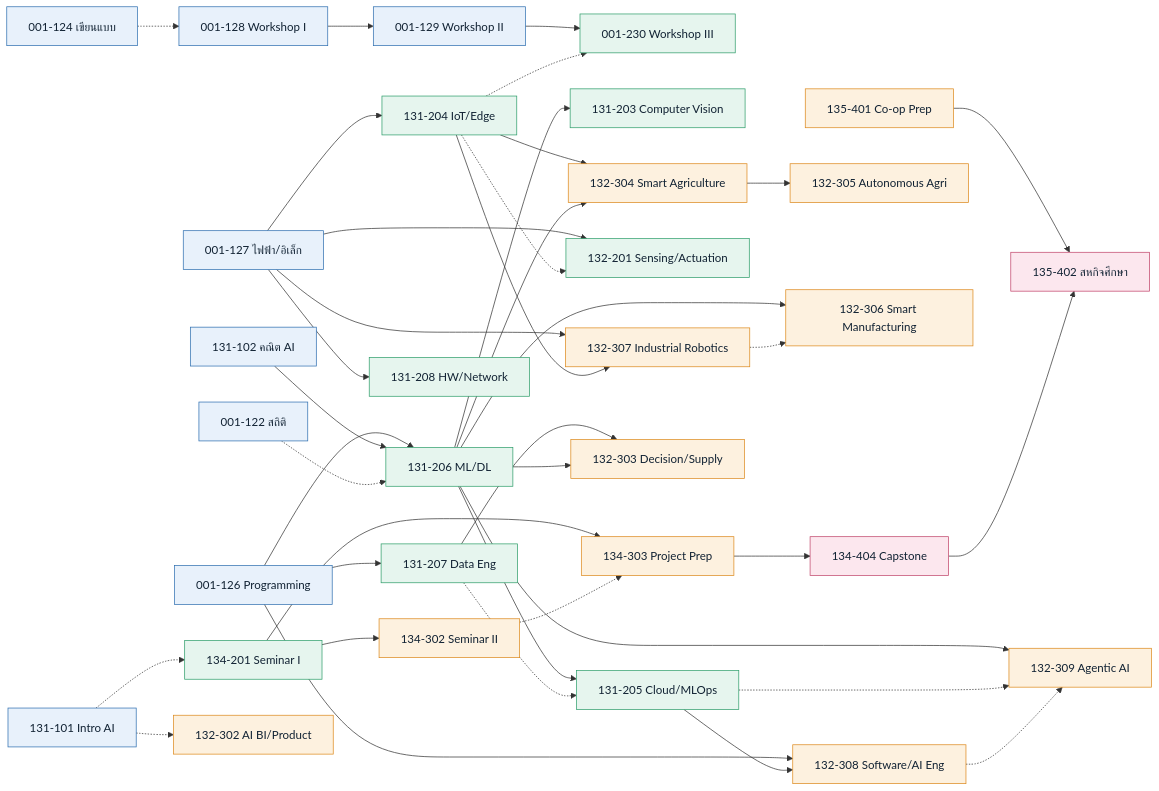
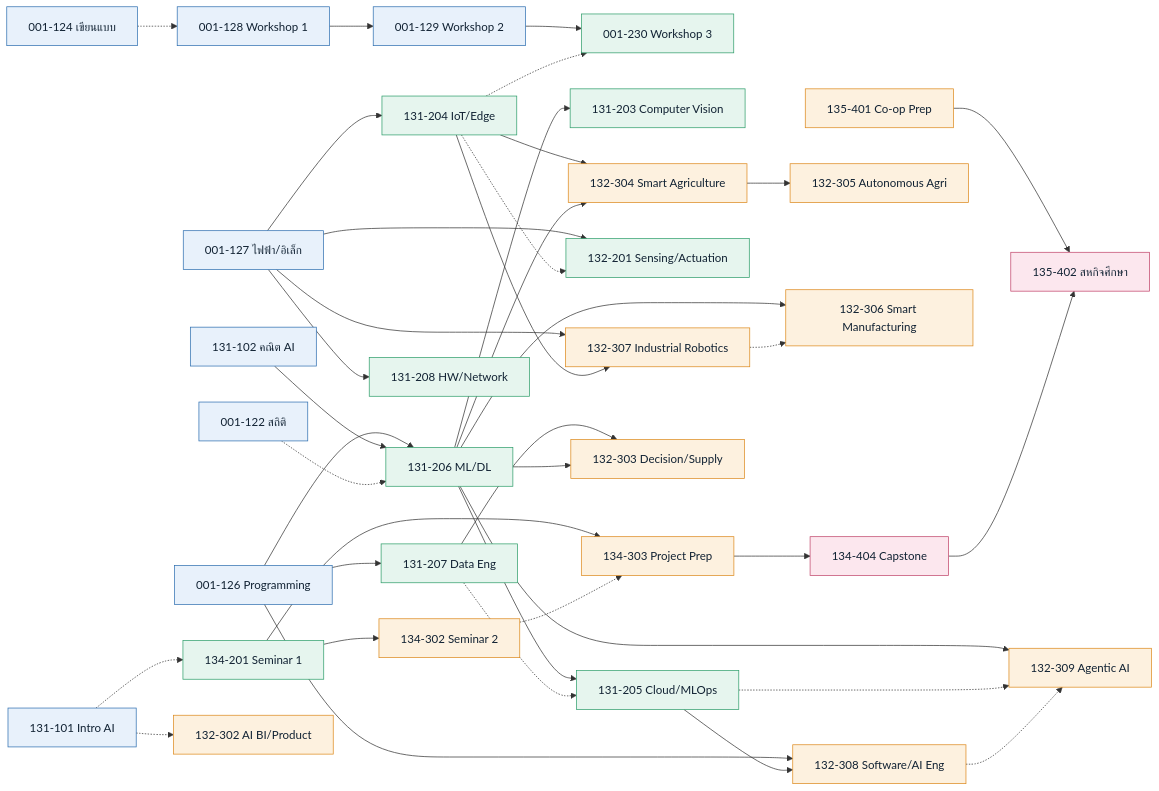
Before and after one commit to babankbro/KSU-AI-EN: the diagram in Labor_Growth_Report_Vault/03_OBE_PLO_Design_2570/08_Study_Plan_and_Dependencies.md, drawn with Mermaid. The commit also changed other lines of this file and 38 other files, not shown here.

````diff
--- a/Labor_Growth_Report_Vault/03_OBE_PLO_Design_2570/08_Study_Plan_and_Dependencies.md
+++ b/Labor_Growth_Report_Vault/03_OBE_PLO_Design_2570/08_Study_Plan_and_Dependencies.md
@@ -37,82 +37,82 @@
 ```mermaid
 flowchart LR
   classDef y1 fill:#e8f1fb,stroke:#2f6fb0,color:#123
   classDef y2 fill:#e6f5ee,stroke:#2f9e6b,color:#123
   classDef y3 fill:#fdf1df,stroke:#dd8a1e,color:#123
   classDef y4 fill:#fce7ee,stroke:#c1466b,color:#123
 
   PROG["001-126 Programming"]:::y1
   ELEC["001-127 ไฟฟ้า/อิเล็ก"]:::y1
   STAT["001-122 สถิติ"]:::y1
   DRAW["001-124 เขียนแบบ"]:::y1
-  W1["001-128 Workshop I"]:::y1
-  W2["001-129 Workshop II"]:::y1
+  W1["001-128 Workshop 1"]:::y1
+  W2["001-129 Workshop 2"]:::y1
   INTRO["131-101 Intro AI"]:::y1
   MATH["131-102 คณิต AI"]:::y1
 
   ML["131-206 ML/DL"]:::y2
   DATA["131-207 Data Eng"]:::y2
   IOT["131-204 IoT/Edge"]:::y2
-  W3["001-230 Workshop III"]:::y2
+  W3["001-230 Workshop 3"]:::y2
   CV["131-203 Computer Vision"]:::y2
   CLOUD["131-205 Cloud/MLOps"]:::y2
   HW["131-208 HW/Network"]:::y2
   SENSE["132-201 Sensing/Actuation"]:::y2
-  SEM1["134-201 Seminar I"]:::y2
+  SEM1["134-201 Seminar 1"]:::y2
 
   BIZ["132-302 AI BI/Product"]:::y3
   FARM["132-304 Smart Agriculture"]:::y3
   ROBO["132-307 Industrial Robotics"]:::y3
   SW["132-308 Software/AI Eng"]:::y3
   SUP["132-303 Decision/Supply"]:::y3
   AGRO["132-305 Autonomous Agri"]:::y3
   MFG["132-306 Smart Manufacturing"]:::y3
   AGENT["132-309 Agentic AI"]:::y3
 
-  SEM2["134-302 Seminar II"]:::y3
+  SEM2["134-302 Seminar 2"]:::y3
   PREP["134-303 Project Prep"]:::y3
 
   CAP["134-404 Capstone"]:::y4
   COPREP["135-401 Co-op Prep"]:::y3
   COOP["135-402 สหกิจศึกษา"]:::y4
 
   PROG --> ML
   MATH --> ML
   STAT -.-> ML
   PROG --> DATA
   ELEC --> IOT
   DRAW -.-> W1
   W1 --> W2 --> W3
   IOT -.-> W3
 
   ML --> CV
   ML --> CLOUD
   DATA -.-> CLOUD
   ELEC --> HW
   ELEC --> SENSE
   IOT -.-> SENSE
 
   INTRO -.-> BIZ
   IOT --> FARM
   ML --> FARM
   ELEC --> ROBO
   IOT --> ROBO
   PROG --> SW
   CLOUD --> SW
   DATA --> SUP
   ML --> SUP
   FARM --> AGRO
   ML --> MFG
   ROBO -.-> MFG
   ML --> AGENT
   CLOUD -.-> AGENT
   SW -.-> AGENT
 
   INTRO -.-> SEM1
   SEM1 --> SEM2
   SEM1 --> PREP
   SEM2 -.-> PREP
   PREP --> CAP
   COPREP --> COOP
   CAP --> COOP
 ```
````
